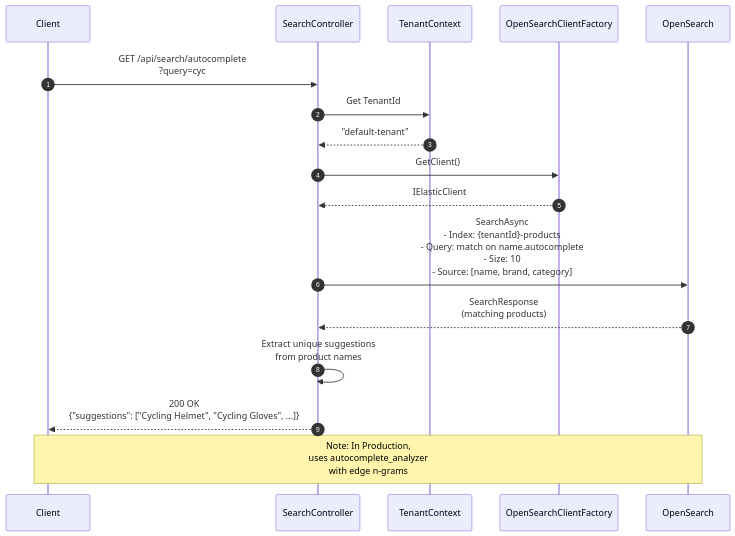
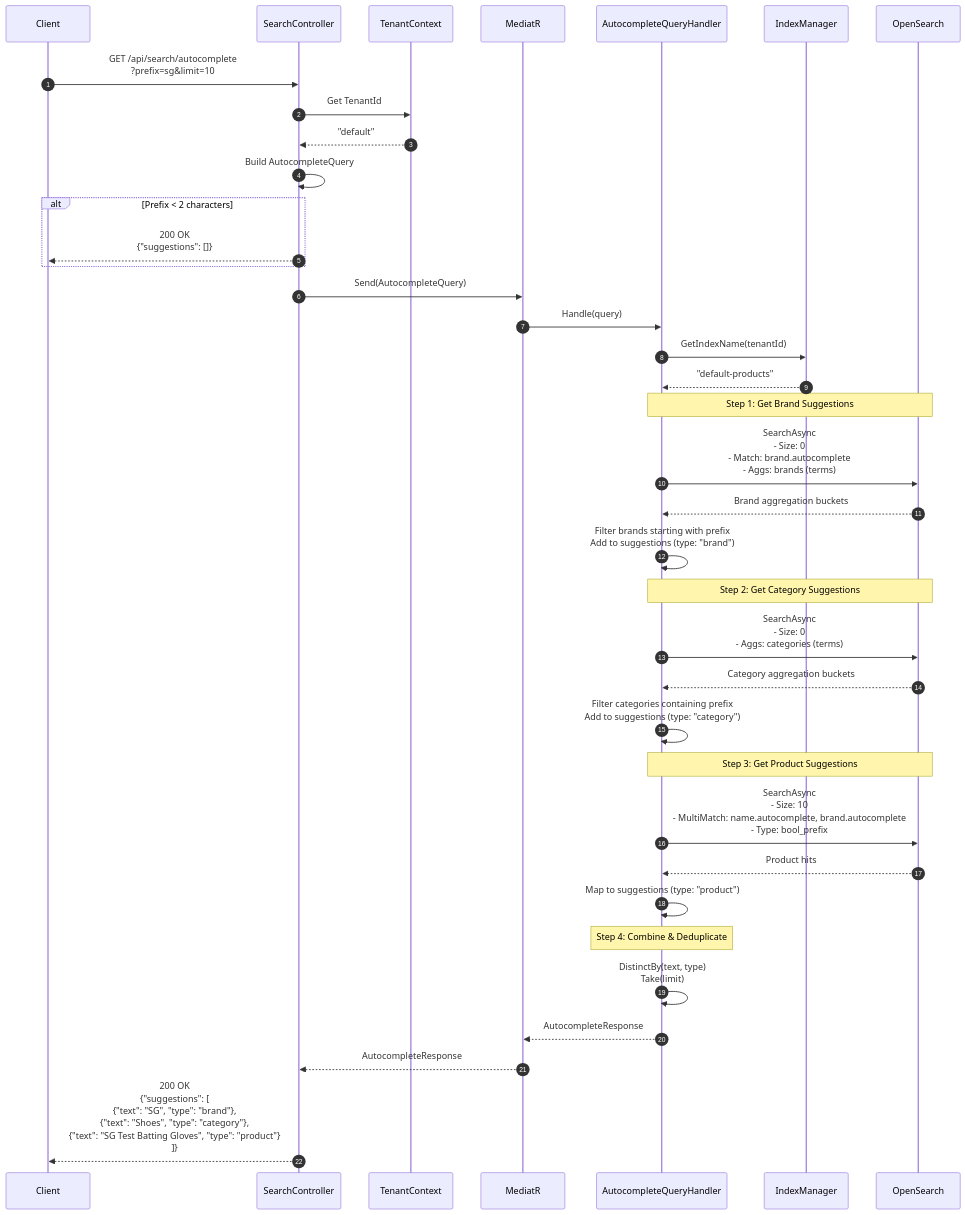
Before and after one commit to jameelvm/gearify-dev: the fifth of 7 diagrams in documentation/search-service/SEQUENCE-DIAGRAMS.md, drawn with Mermaid. The commit also changed other lines of this file and 5 other files, not shown here.

Commit message:
feat: autocomplete catgeory suggestions

````diff
--- a/documentation/search-service/SEQUENCE-DIAGRAMS.md
+++ b/documentation/search-service/SEQUENCE-DIAGRAMS.md
@@ -248,27 +248,58 @@
 ```mermaid
 sequenceDiagram
     autonumber
     participant Client as Client
     participant SC as SearchController
     participant TC as TenantContext
-    participant OCF as OpenSearchClientFactory
+    participant M as MediatR
+    participant AQH as AutocompleteQueryHandler
+    participant IM as IndexManager
     participant OS as OpenSearch
 
-    Client->>SC: GET /api/search/autocomplete<br/>?query=cyc
+    Client->>SC: GET /api/search/autocomplete<br/>?prefix=sg&limit=10
 
     SC->>TC: Get TenantId
-    TC-->>SC: "default-tenant"
+    TC-->>SC: "default"
 
-    SC->>OCF: GetClient()
-    OCF-->>SC: IElasticClient
+    SC->>SC: Build AutocompleteQuery
 
-    SC->>OS: SearchAsync<br/>- Index: {tenantId}-products<br/>- Query: match on name.autocomplete<br/>- Size: 10<br/>- Source: [name, brand, category]
+    alt Prefix < 2 characters
+        SC-->>Client: 200 OK<br/>{"suggestions": []}
+    end
 
-    OS-->>SC: SearchResponse<br/>(matching products)
+    SC->>M: Send(AutocompleteQuery)
+    M->>AQH: Handle(query)
 
-    SC->>SC: Extract unique suggestions<br/>from product names
+    AQH->>IM: GetIndexName(tenantId)
+    IM-->>AQH: "default-products"
 
-    SC-->>Client: 200 OK<br/>{"suggestions": ["Cycling Helmet", "Cycling Gloves", ...]}
+    Note over AQH,OS: Step 1: Get Brand Suggestions
 
-    Note over Client,OS: Note: In Production,<br/>uses autocomplete_analyzer<br/>with edge n-grams
+    AQH->>OS: SearchAsync<br/>- Size: 0<br/>- Match: brand.autocomplete<br/>- Aggs: brands (terms)
+    OS-->>AQH: Brand aggregation buckets
+
+    AQH->>AQH: Filter brands starting with prefix<br/>Add to suggestions (type: "brand")
+
+    Note over AQH,OS: Step 2: Get Category Suggestions
+
+    AQH->>OS: SearchAsync<br/>- Size: 0<br/>- Aggs: categories (terms)
+    OS-->>AQH: Category aggregation buckets
+
+    AQH->>AQH: Filter categories containing prefix<br/>Add to suggestions (type: "category")
+
+    Note over AQH,OS: Step 3: Get Product Suggestions
+
+    AQH->>OS: SearchAsync<br/>- Size: 10<br/>- MultiMatch: name.autocomplete, brand.autocomplete<br/>- Type: bool_prefix
+    OS-->>AQH: Product hits
+
+    AQH->>AQH: Map to suggestions (type: "product")
+
+    Note over AQH: Step 4: Combine & Deduplicate
+
+    AQH->>AQH: DistinctBy(text, type)<br/>Take(limit)
+
+    AQH-->>M: AutocompleteResponse
+    M-->>SC: AutocompleteResponse
+
+    SC-->>Client: 200 OK<br/>{"suggestions": [<br/>  {"text": "SG", "type": "brand"},<br/>  {"text": "Shoes", "type": "category"},<br/>  {"text": "SG Test Batting Gloves", "type": "product"}<br/>]}
 ```
````
